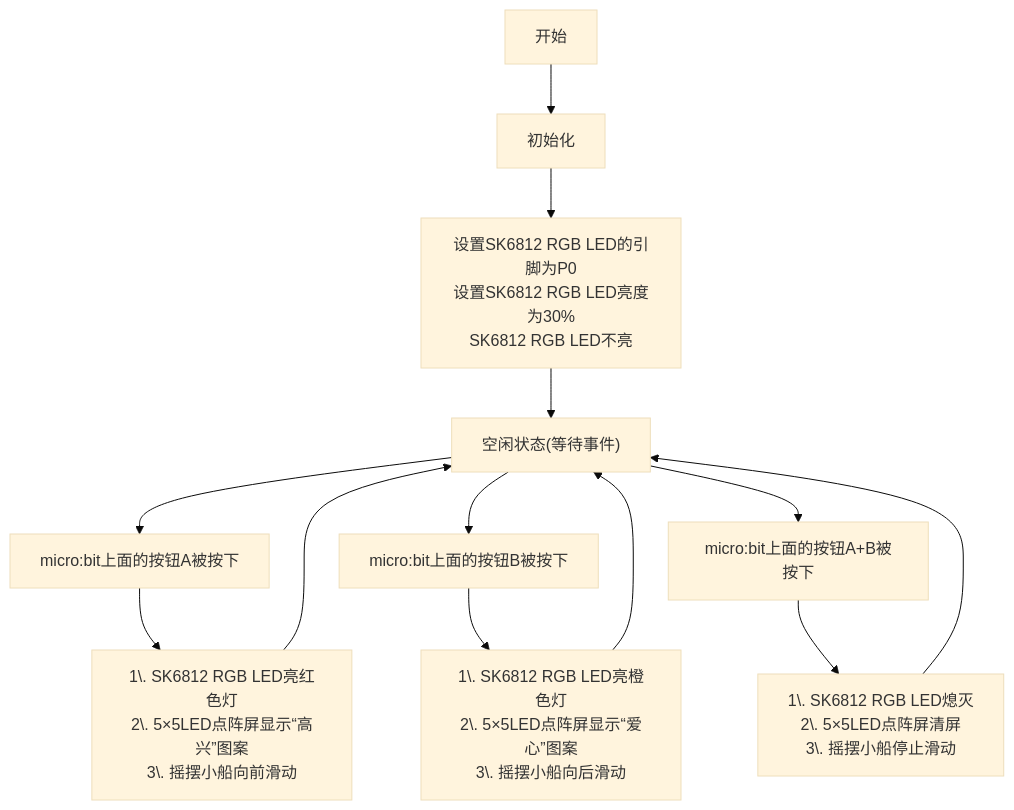
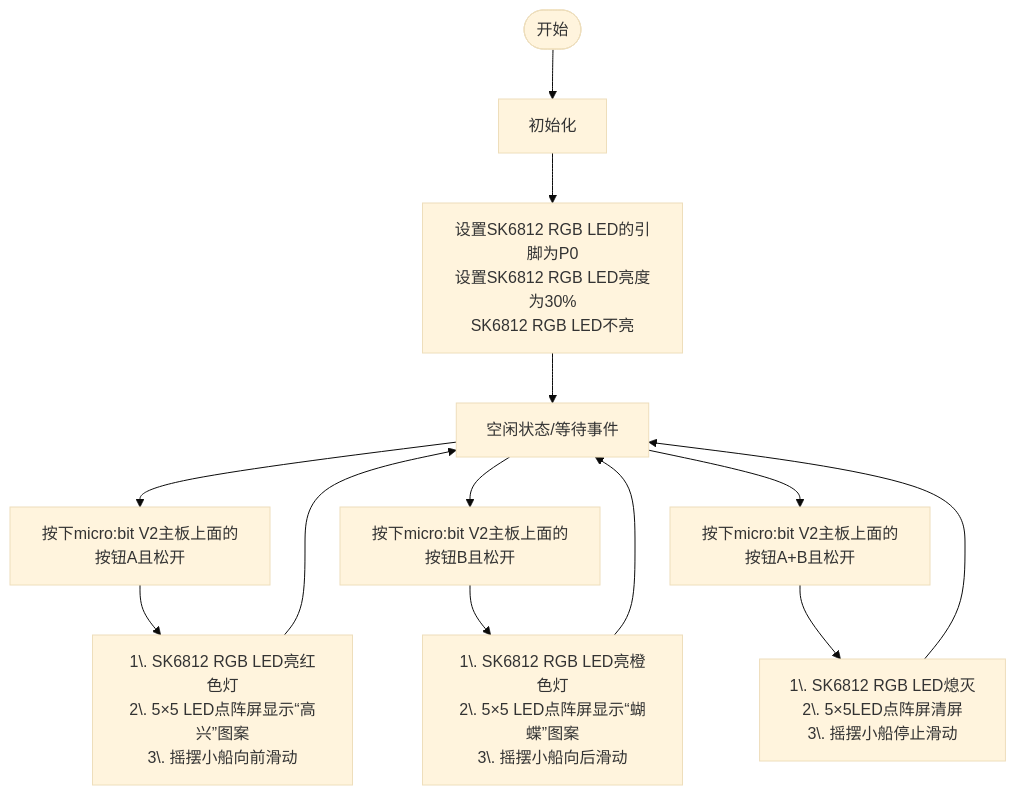
Before and after one commit to keyestudio/KS0604-Keyestudio-Microbit-8-1-: the diagram in docs/MakeCode_教程/Projects/课程02.md, drawn with Mermaid (base theme). The commit also changed other lines of this file and 235 other files, not shown here.

````diff
--- a/docs/MakeCode_教程/Projects/课程02.md
+++ b/docs/MakeCode_教程/Projects/课程02.md
@@ -35,21 +35,21 @@
 ```mermaid
 flowchart TD
-    Start["开始"] --> OnInit1["初始化"]
+    Start([开始]) --> OnInit1[初始化]
 
-    OnInit1 --> OnInit2["设置SK6812 RGB LED的引脚为P0<br>设置SK6812 RGB LED亮度为30%<br>SK6812 RGB LED不亮"]
+    OnInit1 --> OnInit2[设置SK6812 RGB LED的引脚为P0<br>设置SK6812 RGB LED亮度为30%<br>SK6812 RGB LED不亮]
     
-    OnInit2 --> IdleState["空闲状态(等待事件)"]
+    OnInit2 --> IdleState[空闲状态/等待事件]
     
-    IdleState --> EventBtnA["micro:bit上面的按钮A被按下"]
-    IdleState --> EventBtnB["micro:bit上面的按钮B被按下"]
-    IdleState --> EventBtnAB["micro:bit上面的按钮A+B被按下"]
+    IdleState --> EventBtnA[按下micro:bit V2主板上面的按钮A且松开]
+    IdleState --> EventBtnB[按下micro:bit V2主板上面的按钮B且松开]
+    IdleState --> EventBtnAB[按下micro:bit V2主板上面的按钮A+B且松开]
     
-    EventBtnA --> BtnAAction["1\. SK6812 RGB LED亮红色灯<br>2\. 5×5LED点阵屏显示“高兴”图案<br>3\. 摇摆小船向前滑动"]
+    EventBtnA --> BtnAAction[1\. SK6812 RGB LED亮红色灯<br>2\. 5×5 LED点阵屏显示“高兴”图案<br>3\. 摇摆小船向前滑动]
     BtnAAction --> IdleState
 
-    EventBtnB --> BtnBAction["1\. SK6812 RGB LED亮橙色灯<br>2\. 5×5LED点阵屏显示“爱心”图案<br>3\. 摇摆小船向后滑动"]
+    EventBtnB --> BtnBAction[1\. SK6812 RGB LED亮橙色灯<br>2\. 5×5 LED点阵屏显示“蝴蝶”图案<br>3\. 摇摆小船向后滑动]
     BtnBAction --> IdleState
     
-    EventBtnAB --> BtnABAction["1\. SK6812 RGB LED熄灭<br>2\. 5×5LED点阵屏清屏<br>3\. 摇摆小船停止滑动"]
+    EventBtnAB --> BtnABAction[1\. SK6812 RGB LED熄灭<br>2\. 5×5LED点阵屏清屏<br>3\. 摇摆小船停止滑动]
     BtnABAction --> IdleState
 ```
````
